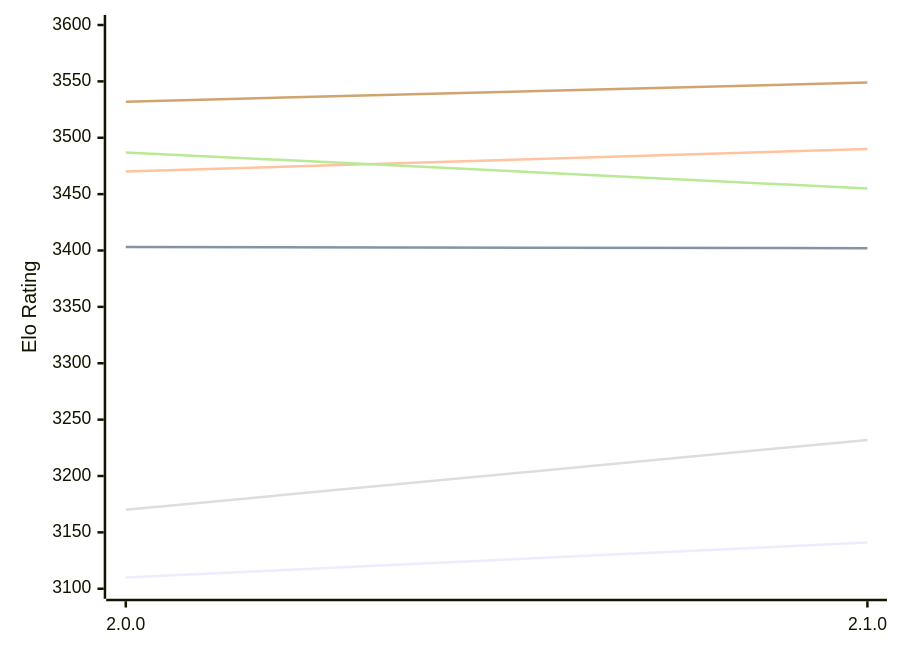
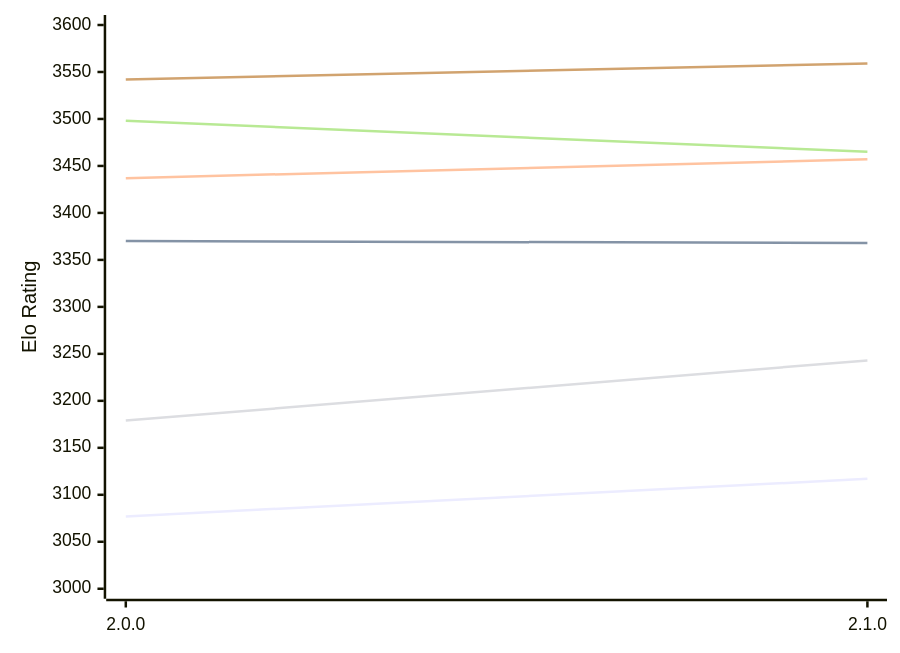
The diagram in engines/Sapling.md (computer-chess-index/cci), drawn with Mermaid before and after one commit. The commit also changed other lines of this file, not shown here.

Commit message:
Update CCI Ratings (ELO VLTC) - 2026-11-12

````diff
--- a/engines/Sapling.md
+++ b/engines/Sapling.md
@@ -49,12 +49,12 @@
 ```mermaid
 %%{init: {"theme":"base","themeVariables":{"seriesColors:['#a3a3a3','#222221','#faa371']}}}%%
 xychart-beta
   x-axis ["2.0.0", "2.1.0"]
-  y-axis "Elo Rating" 3100 --> 3600
-  line "E1: STC (8.0+0.08s)" [3110, 3141]
-  line "E1: LTC (60.0+0.60s)" [3403, 3402]
-  line "E1: VLTC (2m24s+1.12s)" [3470, 3490]
-  line "P1: STC (8.0+0.08s)" [3170, 3232]
-  line "P1: LTC (60.0+0.60s)" [3487, 3455]
-  line "P1: VLTC (2m24s+1.12s)" [3532, 3549]
+  y-axis "Elo Rating" 3000 --> 3600
+  line "E1: STC (8.0+0.08s)" [3077, 3117]
+  line "E1: LTC (60.0+0.60s)" [3370, 3368]
+  line "E1: VLTC (2m24s+1.12s)" [3437, 3457]
+  line "P1: STC (8.0+0.08s)" [3179, 3243]
+  line "P1: LTC (60.0+0.60s)" [3498, 3465]
+  line "P1: VLTC (2m24s+1.12s)" [3542, 3559]
 ```
````
